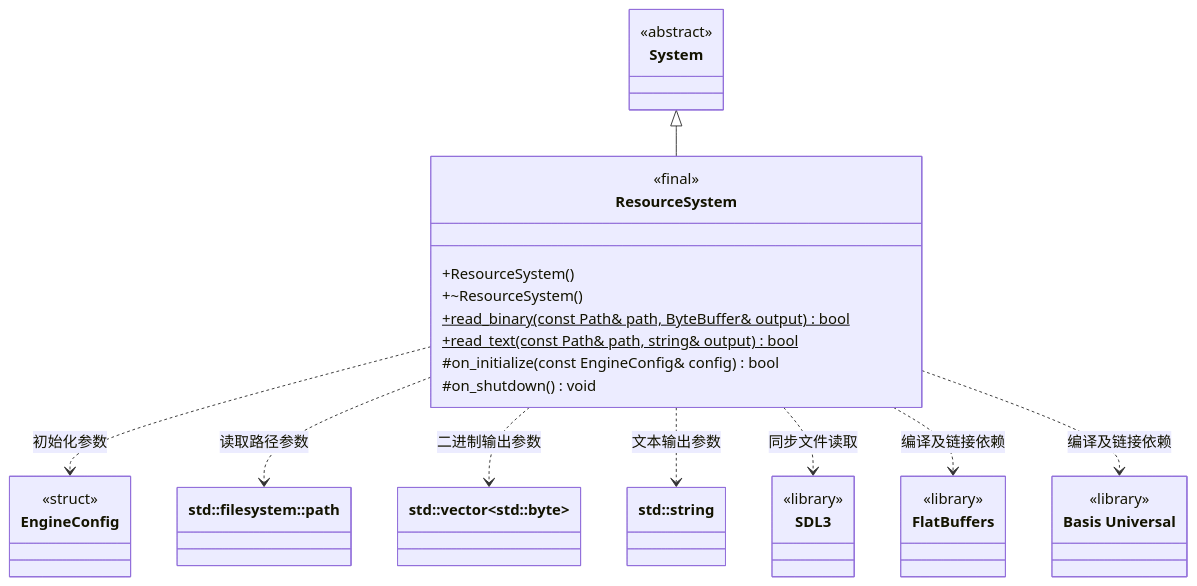
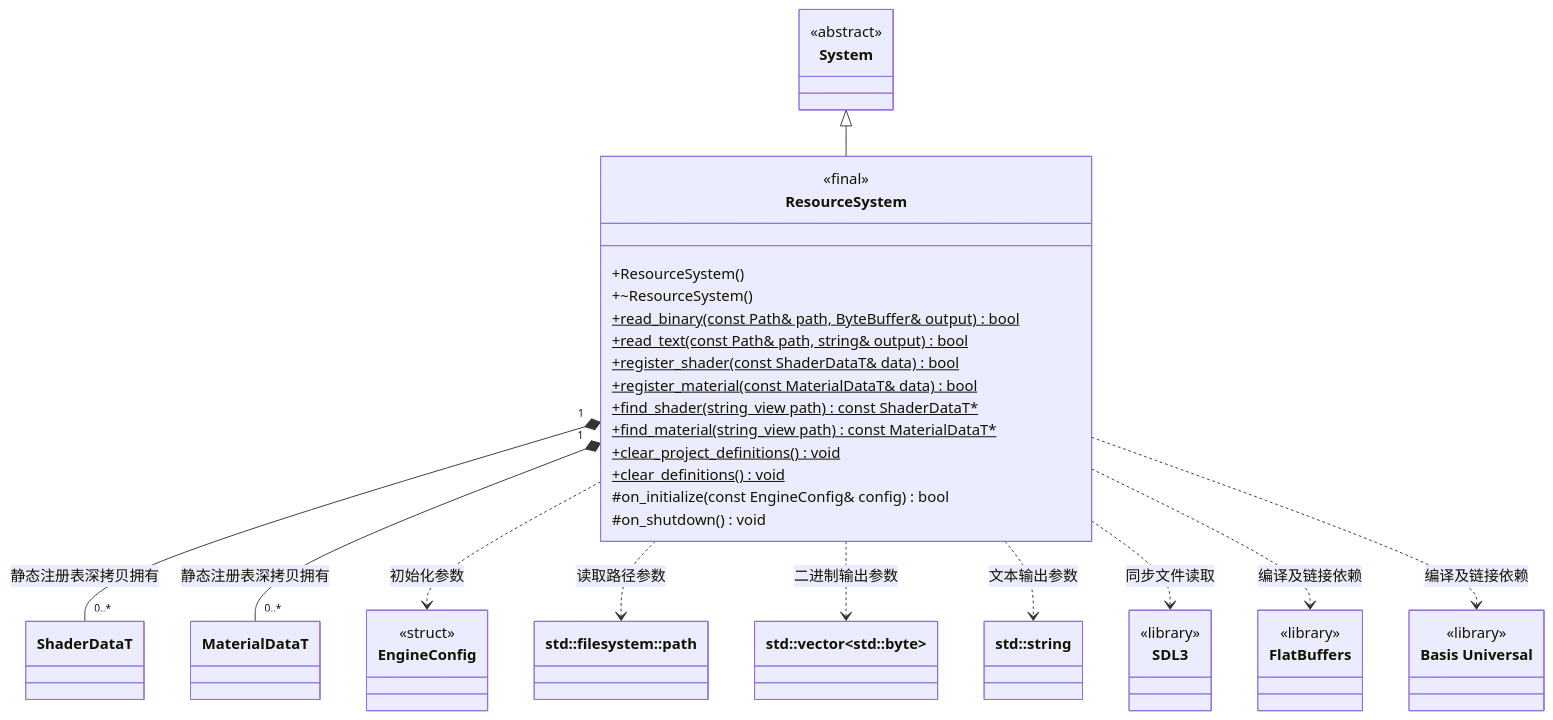
Before and after one commit to lcals/Engine: the diagram in docs/runtime/class-diagrams/resource-system.md, drawn with Mermaid. The commit also changed other lines of this file and 93 other files, not shown here.

````diff
--- a/docs/runtime/class-diagrams/resource-system.md
+++ b/docs/runtime/class-diagrams/resource-system.md
@@ -7,39 +7,49 @@
 ```mermaid
 classDiagram
     direction TB
     class ResourceSystem {
         <<final>>
         +ResourceSystem()
         +~ResourceSystem()
         +read_binary(const Path& path, ByteBuffer& output) bool$
         +read_text(const Path& path, string& output) bool$
+        +register_shader(const ShaderDataT& data) bool$
+        +register_material(const MaterialDataT& data) bool$
+        +find_shader(string_view path) const ShaderDataT#42;$
+        +find_material(string_view path) const MaterialDataT#42;$
+        +clear_project_definitions() void$
+        +clear_definitions() void$
         #on_initialize(const EngineConfig& config) bool
         #on_shutdown() void
     }
     class System {
         <<abstract>>
     }
     class EngineConfig {
         <<struct>>
     }
     class Path["std::filesystem::path"]
     class ByteBuffer["std::vector&lt;std::byte&gt;"]
     class String["std::string"]
     class SDL3 {
         <<library>>
     }
     class FlatBuffers {
         <<library>>
     }
     class BasisUniversal["Basis Universal"] {
         <<library>>
     }
+    class ShaderDataT
+    class MaterialDataT
     System <|-- ResourceSystem
+    ResourceSystem "1" *-- "0..*" ShaderDataT : 静态注册表深拷贝拥有
+    ResourceSystem "1" *-- "0..*" MaterialDataT : 静态注册表深拷贝拥有
     ResourceSystem ..> EngineConfig : 初始化参数
     ResourceSystem ..> Path : 读取路径参数
     ResourceSystem ..> ByteBuffer : 二进制输出参数
     ResourceSystem ..> String : 文本输出参数
     ResourceSystem ..> SDL3 : 同步文件读取
     ResourceSystem ..> FlatBuffers : 编译及链接依赖
     ResourceSystem ..> BasisUniversal : 编译及链接依赖
 ```
````
